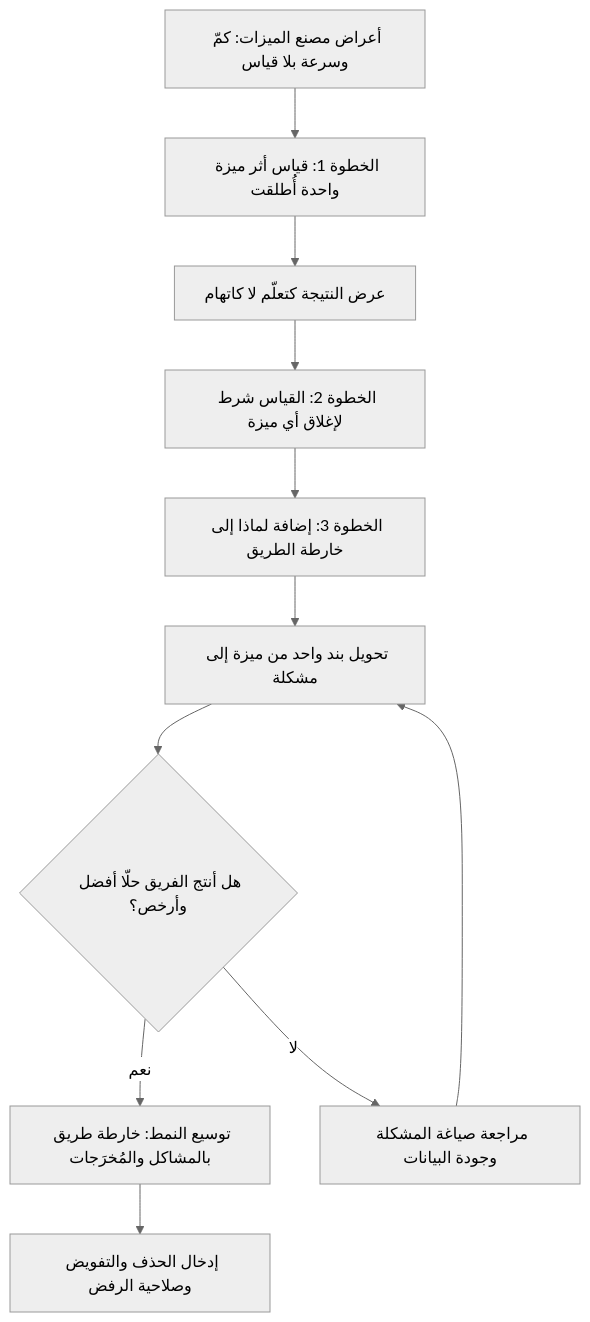
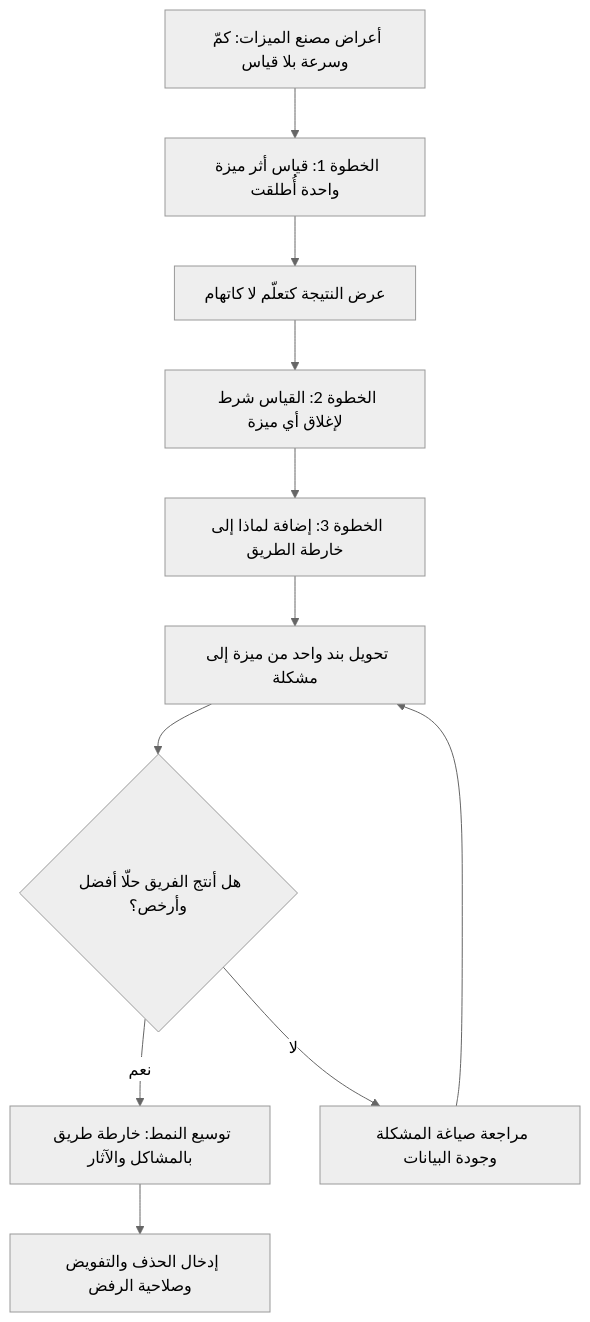
The diagram in content/معجم المصطلحات/Feature Factory.md (MohammedFattay/Project_Management_Notes), drawn with Mermaid (neutral theme) before and after one commit. The commit also changed other lines of this file and 47 other files, not shown here.

````diff
--- a/content/معجم المصطلحات/Feature Factory.md
+++ b/content/معجم المصطلحات/Feature Factory.md
@@ -71,13 +71,13 @@
 ```mermaid
 flowchart TD
     A["أعراض مصنع الميزات: كمّ وسرعة بلا قياس"] --> B["الخطوة 1: قياس أثر ميزة واحدة أُطلقت"]
     B --> C["عرض النتيجة كتعلّم لا كاتهام"]
     C --> D["الخطوة 2: القياس شرط لإغلاق أي ميزة"]
     D --> E["الخطوة 3: إضافة لماذا إلى خارطة الطريق"]
     E --> F["تحويل بند واحد من ميزة إلى مشكلة"]
     F --> G{"هل أنتج الفريق حلًّا أفضل وأرخص؟"}
-    G -->|نعم| H["توسيع النمط: خارطة طريق بالمشاكل والمُخرَجات"]
+    G -->|نعم| H["توسيع النمط: خارطة طريق بالمشاكل والآثار"]
     G -->|لا| I["مراجعة صياغة المشكلة وجودة البيانات"]
     I --> F
     H --> J["إدخال الحذف والتفويض وصلاحية الرفض"]
 ```
````
